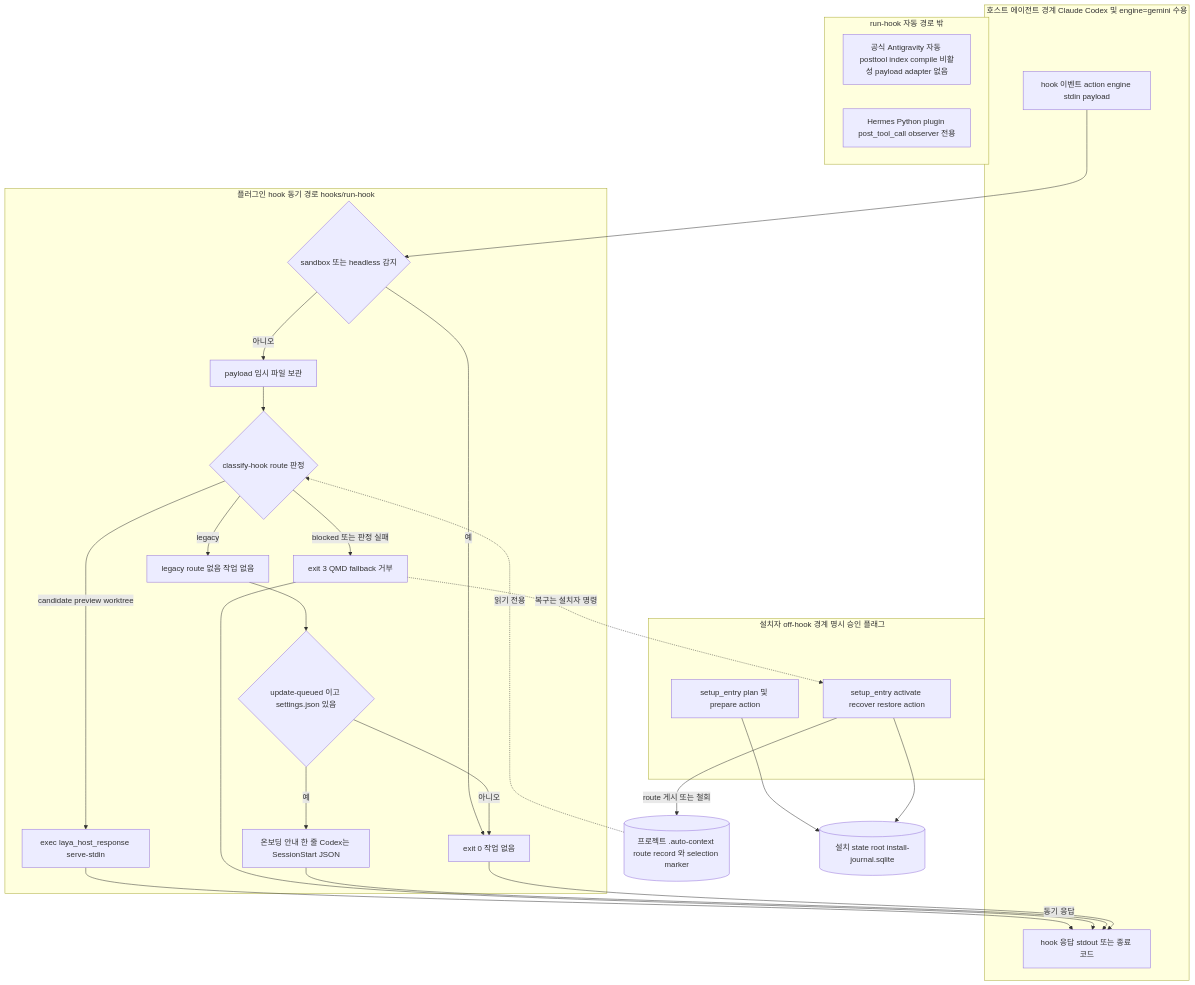
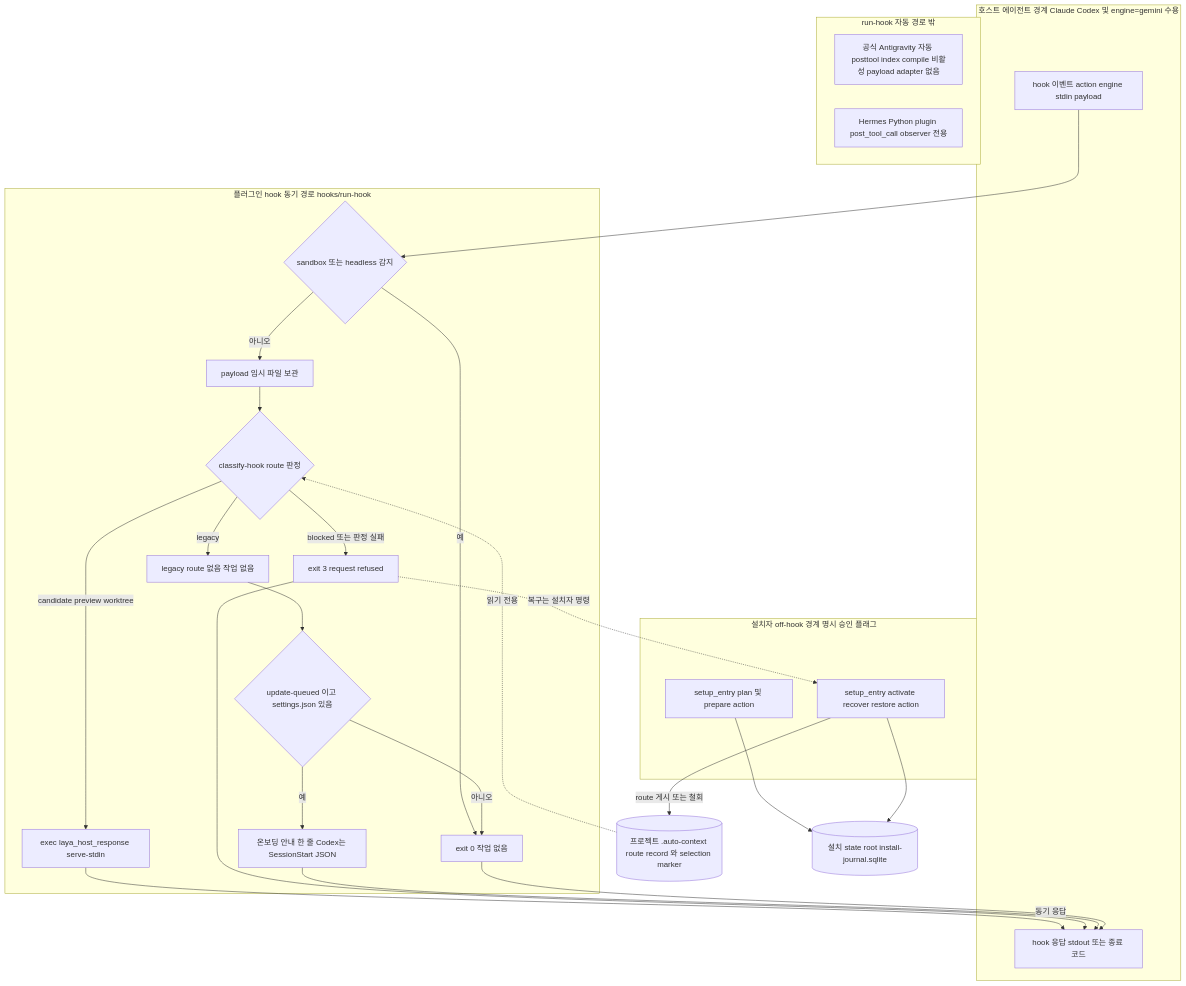
One commit to zbdulee/memvane changed the diagram in docs/architecture/flows/01-install-host-hooks.md. Above: the diagram before and after it, drawn with Mermaid. The commit also changed other lines of this file and 21 other files, not shown here.

````diff
--- a/docs/architecture/flows/01-install-host-hooks.md
+++ b/docs/architecture/flows/01-install-host-hooks.md
@@ -11,48 +11,48 @@
 ```mermaid
 flowchart TD
   subgraph HOST["호스트 에이전트 경계 Claude Codex 및 engine=gemini 수용"]
     EV["hook 이벤트 action engine stdin payload"]
     OUT["hook 응답 stdout 또는 종료 코드"]
   end
   subgraph LIMIT["run-hook 자동 경로 밖"]
     AG["공식 Antigravity 자동 posttool index compile 비활성 payload adapter 없음"]
     HM["Hermes Python plugin post_tool_call observer 전용"]
   end
   subgraph HOOK["플러그인 hook 동기 경로 hooks/run-hook"]
     SB{"sandbox 또는 headless 감지"}
     PL["payload 임시 파일 보관"]
     RT{"classify-hook route 판정"}
     CA["exec laya_host_response serve-stdin"]
-    BL["exit 3 QMD fallback 거부"]
+    BL["exit 3 request refused"]
     LG["legacy route 없음 작업 없음"]
     ON{"update-queued 이고 settings.json 있음"}
     NT["온보딩 안내 한 줄 Codex는 SessionStart JSON"]
     NOP["exit 0 작업 없음"]
   end
   subgraph INST["설치자 off-hook 경계 명시 승인 플래그"]
     IP["setup_entry plan 및 prepare action"]
     IA["setup_entry activate recover restore action"]
   end
   RS[("프로젝트 .auto-context route record 와 selection marker")]
   JS[("설치 state root install-journal.sqlite")]
 
   EV --> SB
   SB -->|"예"| NOP
   SB -->|"아니오"| PL
   PL --> RT
   RS -.->|"읽기 전용"| RT
   RT -->|"candidate preview worktree"| CA
   CA -->|"동기 응답"| OUT
   RT -->|"blocked 또는 판정 실패"| BL
   BL --> OUT
   RT -->|"legacy"| LG
   LG --> ON
   ON -->|"예"| NT
   NT --> OUT
   ON -->|"아니오"| NOP
   NOP --> OUT
   IP --> JS
   IA --> JS
   IA -->|"route 게시 또는 철회"| RS
   BL -.->|"복구는 설치자 명령"| IA
 ```
````
